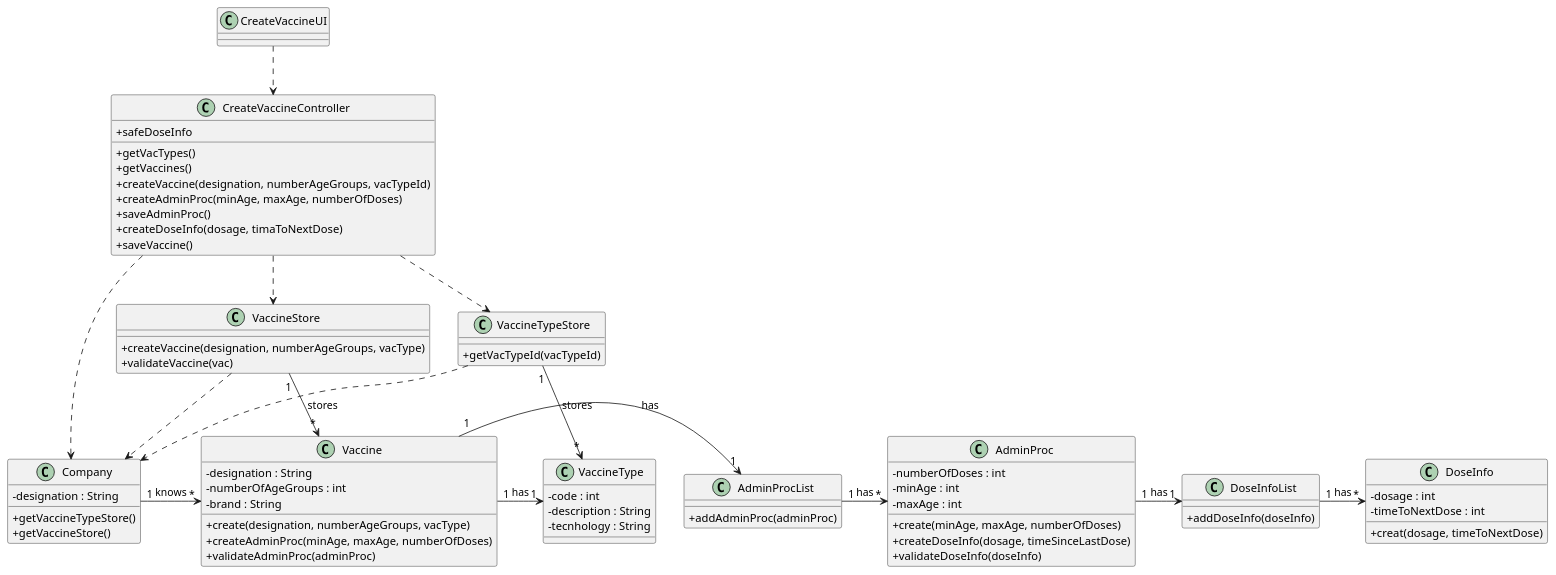
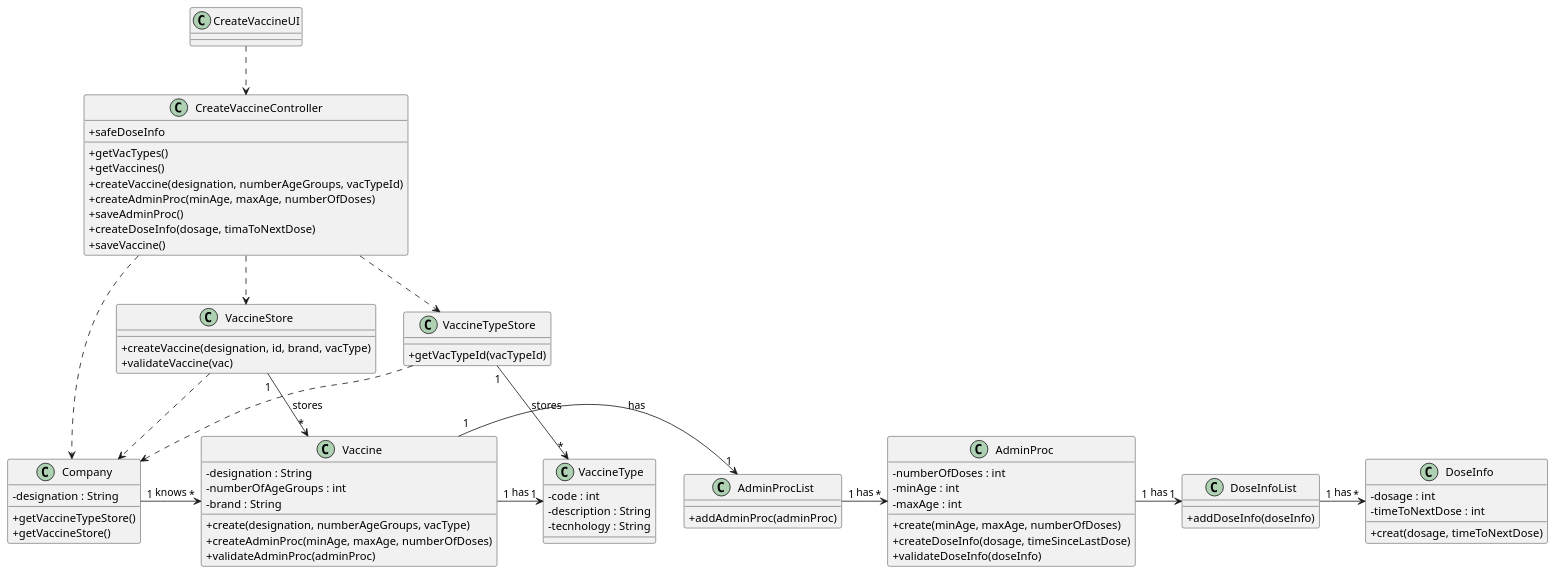
The diagram in docs/SprintB/US13/CD/US13_CD.puml (miseEnPlace-i/lapr2), drawn with PlantUML before and after one commit. The commit also changed 9 other files, not shown here.

Commit message:
docs(US13): update diagrams, edit vaccine attributes

```diff
--- a/docs/SprintB/US13/CD/US13_CD.puml
+++ b/docs/SprintB/US13/CD/US13_CD.puml
@@ -1,91 +1,91 @@
 @startuml
 skinparam classAttributeIconSize 0
 
 class CreateVaccineUI{
 
 }
 
 class CreateVaccineController{
     +getVacTypes()
     +getVaccines()
     +createVaccine(designation, numberAgeGroups, vacTypeId)
     +createAdminProc(minAge, maxAge, numberOfDoses)
     +saveAdminProc()
     +createDoseInfo(dosage, timaToNextDose)
     +safeDoseInfo
     +saveVaccine()
 }
 
 class Company{
     -designation : String
 
     +getVaccineTypeStore()
     +getVaccineStore()
 }
 
 class VaccineTypeStore{
     +getVacTypeId(vacTypeId)
 }
 
 class VaccineStore{
-    +createVaccine(designation, numberAgeGroups, vacType)
+    +createVaccine(designation, id, brand, vacType)
     +validateVaccine(vac)
 }
 
 class Vaccine{
     -designation : String
     -numberOfAgeGroups : int
     -brand : String
 
     +create(designation, numberAgeGroups, vacType)
     +createAdminProc(minAge, maxAge, numberOfDoses)
     +validateAdminProc(adminProc)
 }
 
 class VaccineType{
     -code : int
     -description : String
     -tecnhology : String
 }
 
 class AdminProc{
     -numberOfDoses : int
     -minAge : int
     -maxAge : int
 
     +create(minAge, maxAge, numberOfDoses)
     +createDoseInfo(dosage, timeSinceLastDose)
     +validateDoseInfo(doseInfo)
 }
 
 class AdminProcList{
     +addAdminProc(adminProc)
 }
 
 class DoseInfo{
     -dosage : int
     -timeToNextDose : int
 
     +creat(dosage, timeToNextDose)
 }
 
 class DoseInfoList{
     +addDoseInfo(doseInfo)
 }
 
 CreateVaccineUI ..> CreateVaccineController
 CreateVaccineController ..> VaccineStore
 CreateVaccineController ..> VaccineTypeStore
 CreateVaccineController ..> Company
 VaccineStore ..> Company
 VaccineStore "1" -> "*" Vaccine : stores
 VaccineTypeStore ..> Company
 VaccineTypeStore "1" -> "*" VaccineType : stores
 Company "1" -> "*" Vaccine : knows
 Vaccine "1" -> "1" AdminProcList : has
 Vaccine "1" -> "1" VaccineType : has
 AdminProcList "1" -> "*" AdminProc : has
 AdminProc "1" -> "1" DoseInfoList : has
 DoseInfoList "1" -> "*" DoseInfo : has
 
 @enduml
```
